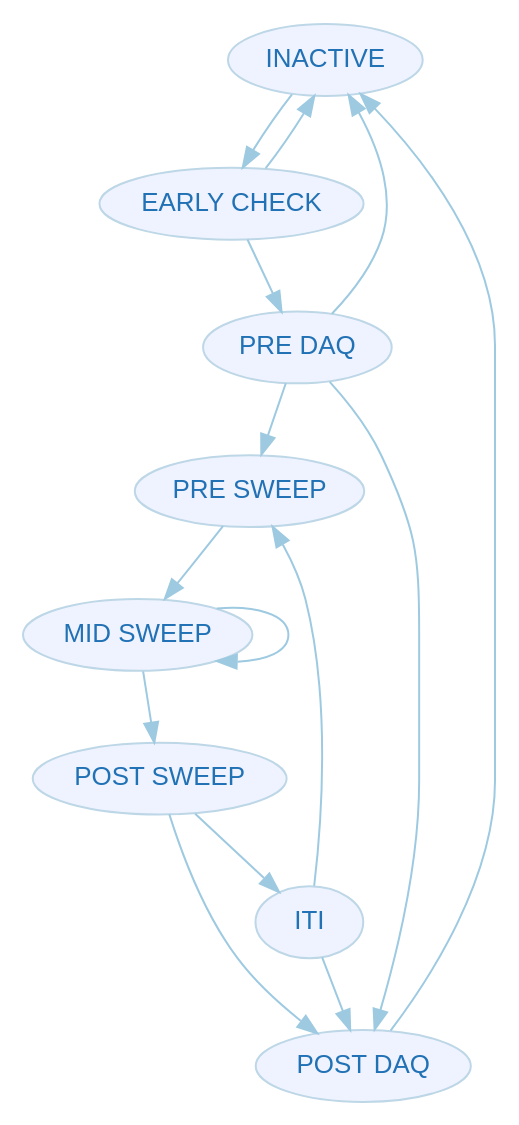
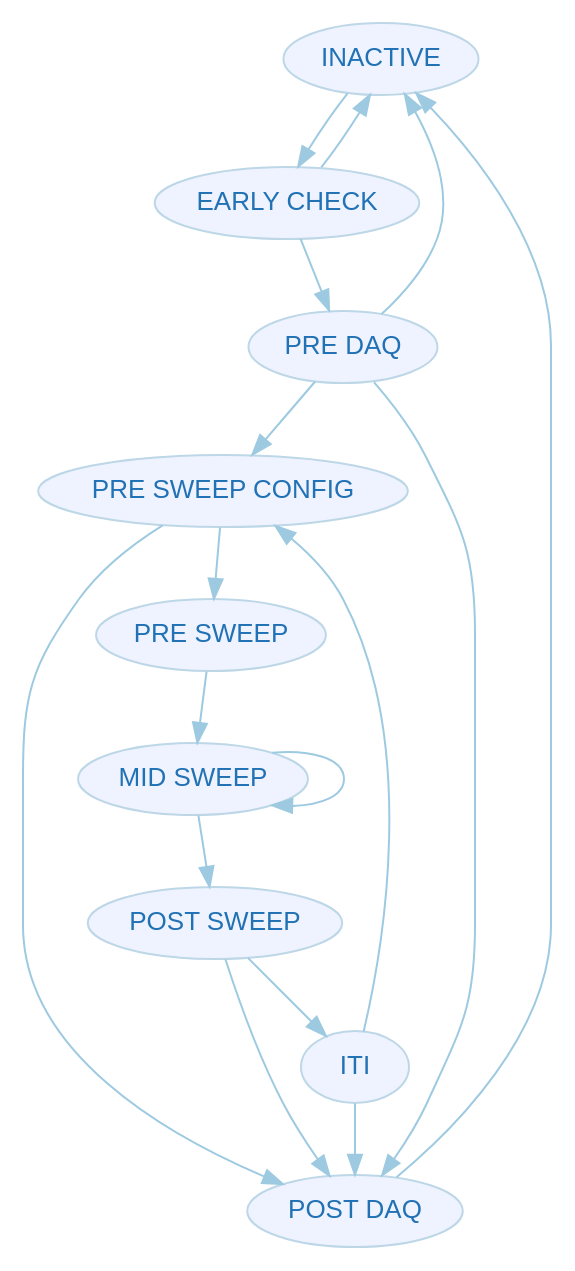
The diagram in Packages/doc/dot/acquisition-state-transitions.dot (AllenInstitute/MIES), drawn with Graphviz before and after one commit. The commit also changed 5 other files, not shown here.

First line of the commit message:
Add new acquisition state AS_PRE_SWEEP_CONFIG

```diff
--- a/Packages/doc/dot/acquisition-state-transitions.dot
+++ b/Packages/doc/dot/acquisition-state-transitions.dot
@@ -1,38 +1,48 @@
 digraph G {
 	graph [center=true,
 		compound=true,
 		fontname=Helvetica,
 		penwidth=0.1,
 		ratio="0,01"
 	];
 	node [color=2,
 		colorscheme=blues4,
 		fillcolor=1,
 		fontcolor=4,
 		fontname=Helvetica,
 		fontsize=13,
 		label="\N",
 		style=filled
 	];
 	edge [color=2,
 		colorscheme=blues3,
 		comment="Wildcard edge",
 		fontcolor=3,
 		fontname=Helvetica,
 		fontsize=10
 	];
 	INACTIVE -> "EARLY CHECK";
+
+	"EARLY CHECK" -> INACTIVE;
+	"EARLY CHECK" -> "PRE DAQ";
+
+	"PRE DAQ" -> "PRE SWEEP CONFIG";
 	"PRE DAQ" -> INACTIVE;
-	"PRE DAQ" -> "PRE SWEEP";
 	"PRE DAQ" -> "POST DAQ";
+
+	"PRE SWEEP CONFIG" -> "PRE SWEEP";
+	"PRE SWEEP CONFIG" -> "POST DAQ";
+
 	"PRE SWEEP" -> "MID SWEEP";
+
 	"MID SWEEP" -> "MID SWEEP";
 	"MID SWEEP" -> "POST SWEEP";
+
 	"POST SWEEP" -> ITI;
 	"POST SWEEP" -> "POST DAQ";
-	ITI -> "PRE SWEEP";
+
+	ITI -> "PRE SWEEP CONFIG";
 	ITI -> "POST DAQ";
+
 	"POST DAQ" -> INACTIVE;
-	"EARLY CHECK" -> INACTIVE;
-	"EARLY CHECK" -> "PRE DAQ";
 }
```
